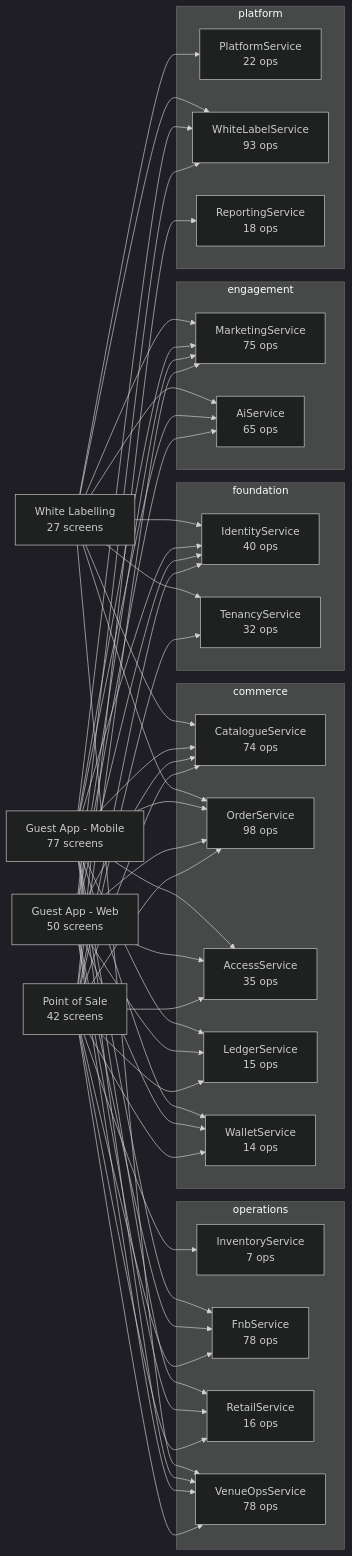
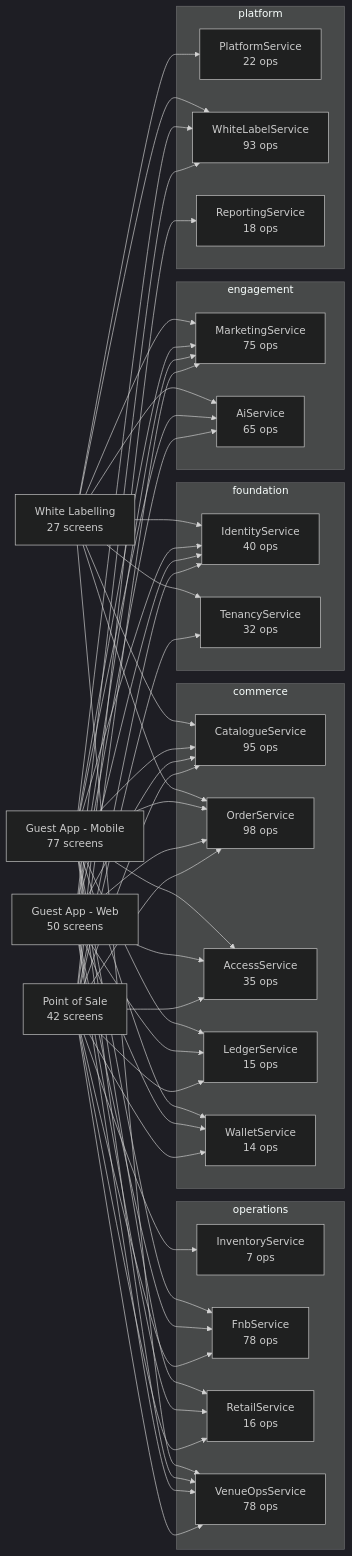
Before and after one commit to Diretide298/Solution_Architecture: the diagram in ticvai/repos/ticvai-ai/project-bible/handoff/service-docs/README.md, drawn with Mermaid (dark theme). The commit also changed other lines of this file and 3095 other files, not shown here.

````diff
--- a/ticvai/repos/ticvai-ai/project-bible/handoff/service-docs/README.md
+++ b/ticvai/repos/ticvai-ai/project-bible/handoff/service-docs/README.md
@@ -9,79 +9,79 @@
 ```mermaid
 flowchart LR
   POS["Point of Sale<br/>42 screens"]
   WEB["Guest App - Web<br/>50 screens"]
   MOB["Guest App - Mobile<br/>77 screens"]
   WL["White Labelling<br/>27 screens"]
   subgraph foundation
     IdentityService["IdentityService<br/>40 ops"]
     TenancyService["TenancyService<br/>32 ops"]
   end
   subgraph commerce
-    CatalogueService["CatalogueService<br/>74 ops"]
+    CatalogueService["CatalogueService<br/>95 ops"]
     OrderService["OrderService<br/>98 ops"]
     AccessService["AccessService<br/>35 ops"]
     LedgerService["LedgerService<br/>15 ops"]
     WalletService["WalletService<br/>14 ops"]
   end
   subgraph operations
     InventoryService["InventoryService<br/>7 ops"]
     FnbService["FnbService<br/>78 ops"]
     RetailService["RetailService<br/>16 ops"]
     VenueOpsService["VenueOpsService<br/>78 ops"]
   end
   subgraph engagement
     MarketingService["MarketingService<br/>75 ops"]
     AiService["AiService<br/>65 ops"]
   end
   subgraph platform
     PlatformService["PlatformService<br/>22 ops"]
     WhiteLabelService["WhiteLabelService<br/>93 ops"]
     ReportingService["ReportingService<br/>18 ops"]
   end
   POS --> OrderService
   WEB --> OrderService
   MOB --> OrderService
   WL --> OrderService
   POS --> FnbService
   WEB --> FnbService
   MOB --> FnbService
   POS --> CatalogueService
   WEB --> CatalogueService
   MOB --> CatalogueService
   WL --> CatalogueService
   POS --> AccessService
   WEB --> AccessService
   MOB --> AccessService
   WL --> PlatformService
   POS --> MarketingService
   WEB --> MarketingService
   MOB --> MarketingService
   WL --> MarketingService
   POS --> VenueOpsService
   WEB --> VenueOpsService
   MOB --> VenueOpsService
   WL --> VenueOpsService
   POS --> TenancyService
   WL --> TenancyService
   POS --> ReportingService
   WEB --> WhiteLabelService
   MOB --> WhiteLabelService
   WL --> WhiteLabelService
   POS --> InventoryService
   POS --> IdentityService
   WEB --> IdentityService
   MOB --> IdentityService
   WL --> IdentityService
   POS --> RetailService
   WEB --> RetailService
   MOB --> RetailService
   WEB --> AiService
   MOB --> AiService
   WL --> AiService
   POS --> LedgerService
   WEB --> LedgerService
   MOB --> LedgerService
   POS --> WalletService
   WEB --> WalletService
   MOB --> WalletService
 ```
````
